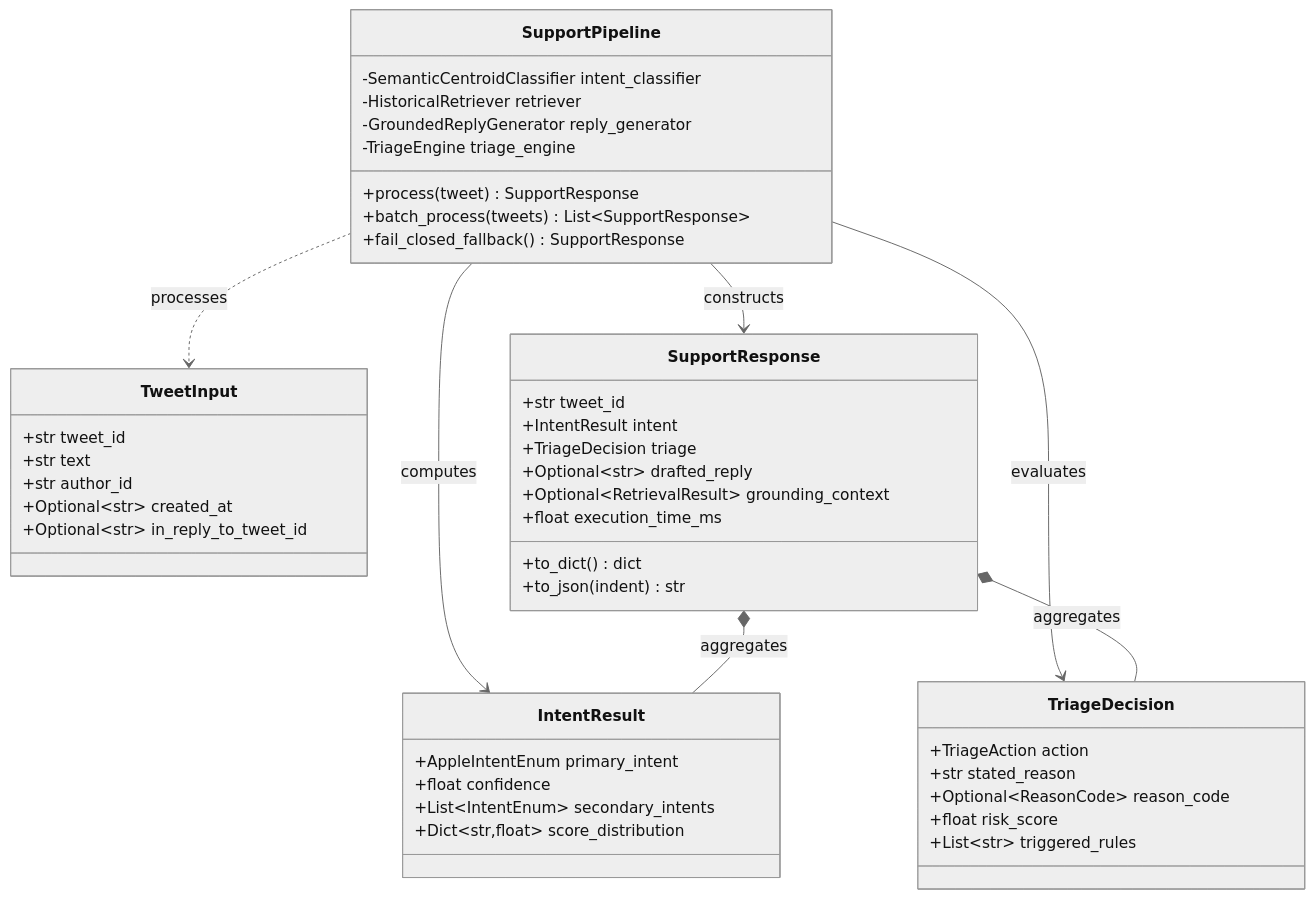
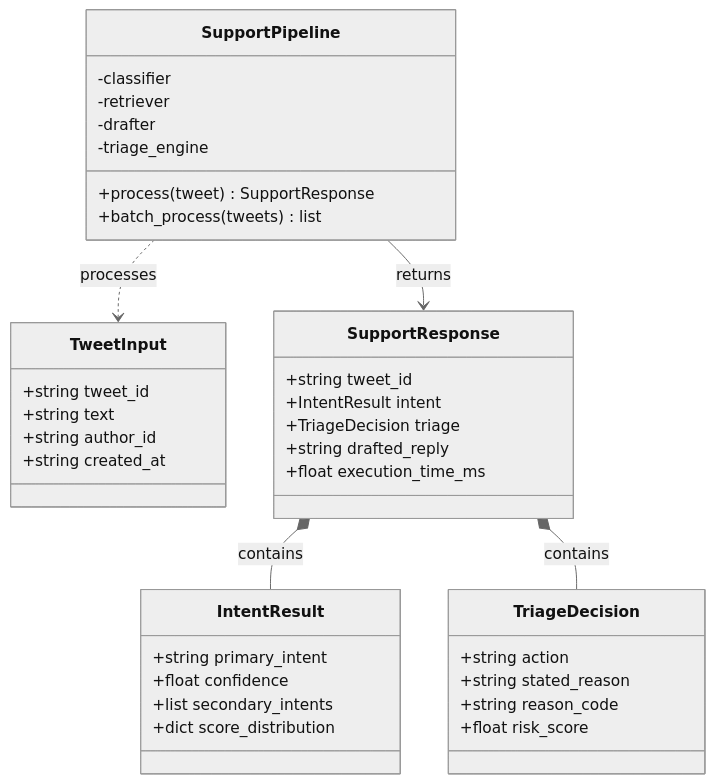
The fourth of 5 diagrams in README.md (nanthitha25/hiver_assignment), drawn with Mermaid (neutral theme) before and after one commit. The commit also changed other lines of this file, not shown here.

Commit message:
docs: use clean and simple Mermaid blocks for all diagrams without external images or HTML

````diff
--- a/README.md
+++ b/README.md
@@ -200,53 +159,45 @@
 ```mermaid
 classDiagram
     class TweetInput {
-        +str tweet_id
-        +str text
-        +str author_id
-        +Optional~str~ created_at
-        +Optional~str~ in_reply_to_tweet_id
+        +string tweet_id
+        +string text
+        +string author_id
+        +string created_at
     }
 
     class IntentResult {
-        +AppleIntentEnum primary_intent
+        +string primary_intent
         +float confidence
-        +List~IntentEnum~ secondary_intents
-        +Dict~str,float~ score_distribution
+        +list secondary_intents
+        +dict score_distribution
     }
 
     class TriageDecision {
-        +TriageAction action
-        +str stated_reason
-        +Optional~ReasonCode~ reason_code
+        +string action
+        +string stated_reason
+        +string reason_code
         +float risk_score
-        +List~str~ triggered_rules
+    }
+
+    class SupportResponse {
+        +string tweet_id
+        +IntentResult intent
+        +TriageDecision triage
+        +string drafted_reply
+        +float execution_time_ms
     }
 
     class SupportPipeline {
-        -SemanticCentroidClassifier intent_classifier
-        -HistoricalRetriever retriever
-        -GroundedReplyGenerator reply_generator
-        -TriageEngine triage_engine
+        -classifier
+        -retriever
+        -drafter
+        -triage_engine
         +process(tweet) SupportResponse
-        +batch_process(tweets) List~SupportResponse~
-        +fail_closed_fallback() SupportResponse
-    }
-
-    class SupportResponse {
-        +str tweet_id
-        +IntentResult intent
-        +TriageDecision triage
-        +Optional~str~ drafted_reply
-        +Optional~RetrievalResult~ grounding_context
-        +float execution_time_ms
-        +to_dict() dict
-        +to_json(indent) str
+        +batch_process(tweets) list
     }
 
     SupportPipeline ..> TweetInput : processes
-    SupportPipeline --> IntentResult : computes
-    SupportPipeline --> TriageDecision : evaluates
-    SupportPipeline --> SupportResponse : constructs
-    SupportResponse *-- IntentResult : aggregates
-    SupportResponse *-- TriageDecision : aggregates
+    SupportPipeline --> SupportResponse : returns
+    SupportResponse *-- IntentResult : contains
+    SupportResponse *-- TriageDecision : contains
 ```
````
